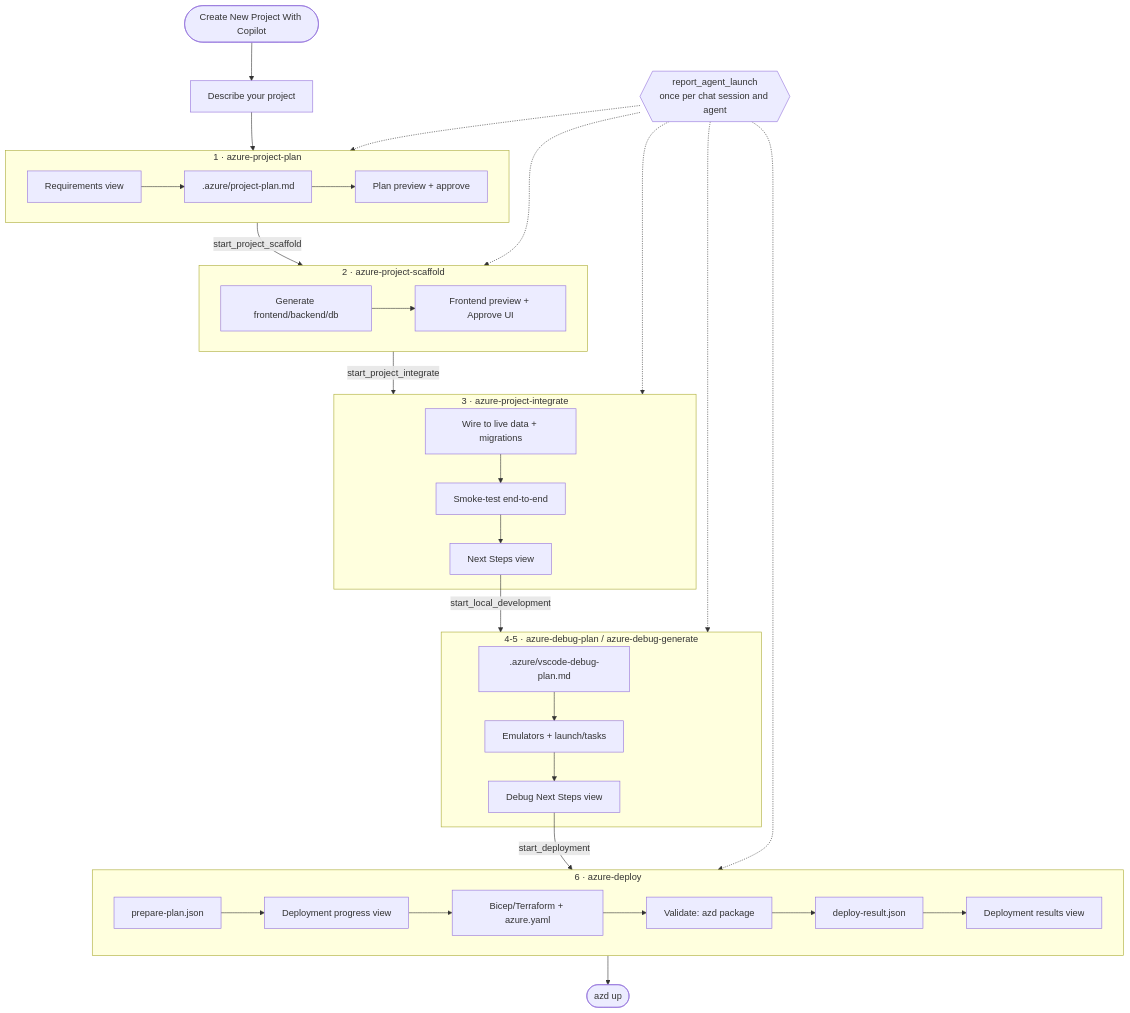
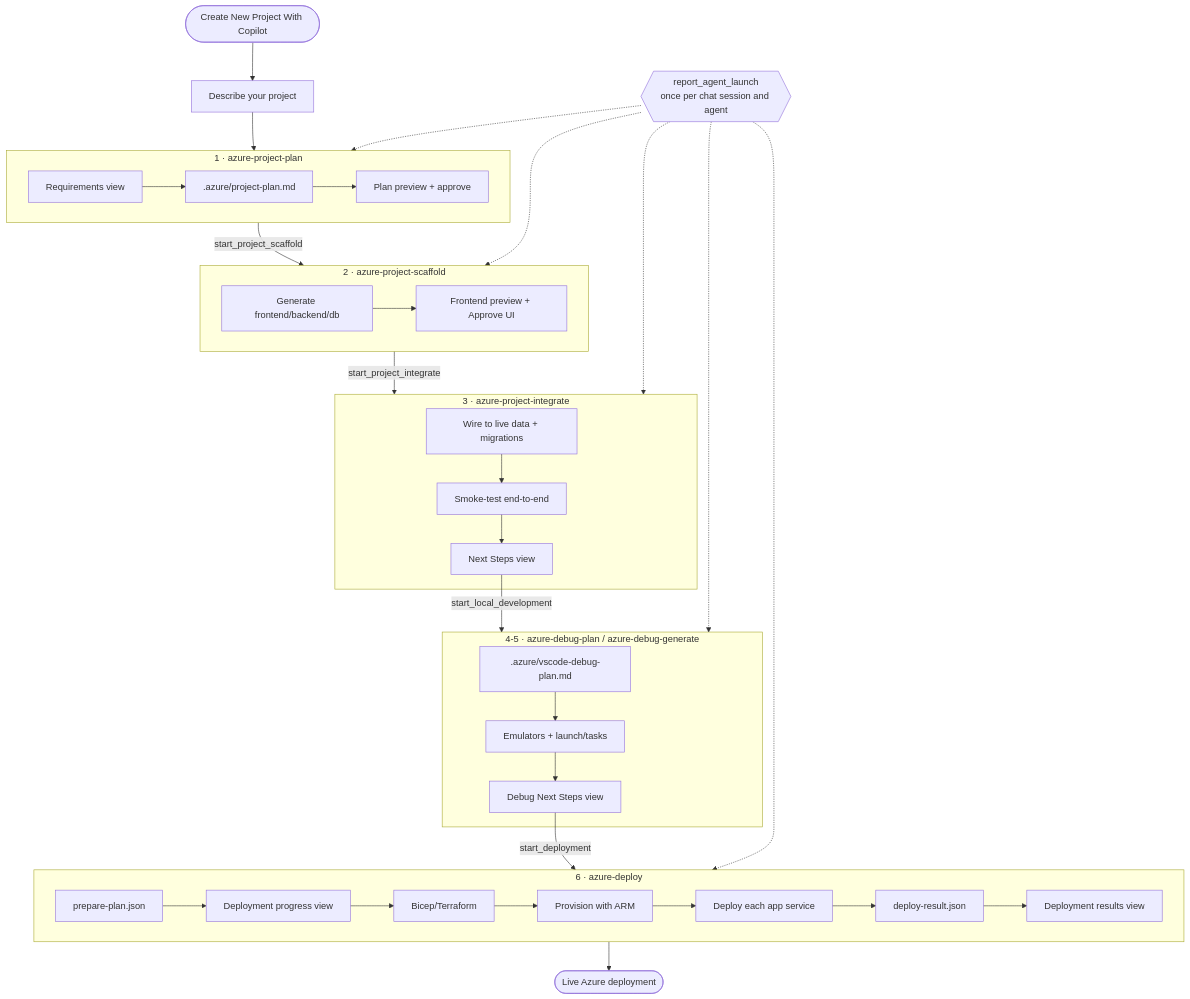
The diagram in docs/copilot-create-project.md (microsoft/vscode-azureresourcegroups), drawn with Mermaid before and after one commit. The commit also changed other lines of this file and 9 other files, not shown here.

````diff
--- a/docs/copilot-create-project.md
+++ b/docs/copilot-create-project.md
@@ -71,41 +72,41 @@
 ```mermaid
 flowchart TD
     Start(["Create New Project With Copilot"]) --> Prompt["Describe your project"]
     Prompt --> Plan
     StartupReport{{"report_agent_launch<br/>once per chat session and agent"}}
 
     subgraph Plan["1 · azure-project-plan"]
         Req["Requirements view"] --> PlanDoc[".azure/project-plan.md"] --> PlanView["Plan preview + approve"]
     end
 
     Plan -->|"start_project_scaffold"| Scaffold
 
     subgraph Scaffold["2 · azure-project-scaffold"]
         Gen["Generate frontend/backend/db"] --> Preview["Frontend preview + Approve UI"]
     end
 
     Scaffold -->|"start_project_integrate"| Integrate
 
     subgraph Integrate["3 · azure-project-integrate"]
         Wire["Wire to live data + migrations"] --> Smoke["Smoke-test end-to-end"] --> Next1["Next Steps view"]
     end
 
     Next1 -->|"start_local_development"| Debug
 
     subgraph Debug["4-5 · azure-debug-plan / azure-debug-generate"]
         DbgPlan[".azure/vscode-debug-plan.md"] --> DbgGen["Emulators + launch/tasks"] --> Next2["Debug Next Steps view"]
     end
 
     Next2 -->|"start_deployment"| Deploy
 
     subgraph Deploy["6 · azure-deploy"]
-        DepPlan["prepare-plan.json"] --> Progress["Deployment progress view"] --> Infra["Bicep/Terraform + azure.yaml"] --> AzdPkg["Validate: azd package"] --> DepResult["deploy-result.json"] --> ResultView["Deployment results view"]
+        DepPlan["prepare-plan.json"] --> Progress["Deployment progress view"] --> Infra["Bicep/Terraform"] --> Arm["Provision with ARM"] --> CodeDeploy["Deploy each app service"] --> DepResult["deploy-result.json"] --> ResultView["Deployment results view"]
     end
 
     StartupReport -.-> Plan
     StartupReport -.-> Scaffold
     StartupReport -.-> Integrate
     StartupReport -.-> Debug
     StartupReport -.-> Deploy
-    Deploy --> Done(["azd up"])
+    Deploy --> Done(["Live Azure deployment"])
 ```
````
